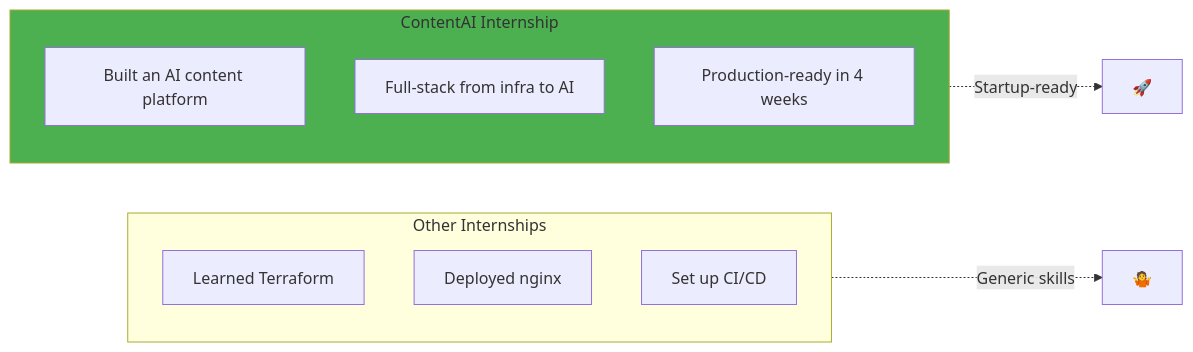
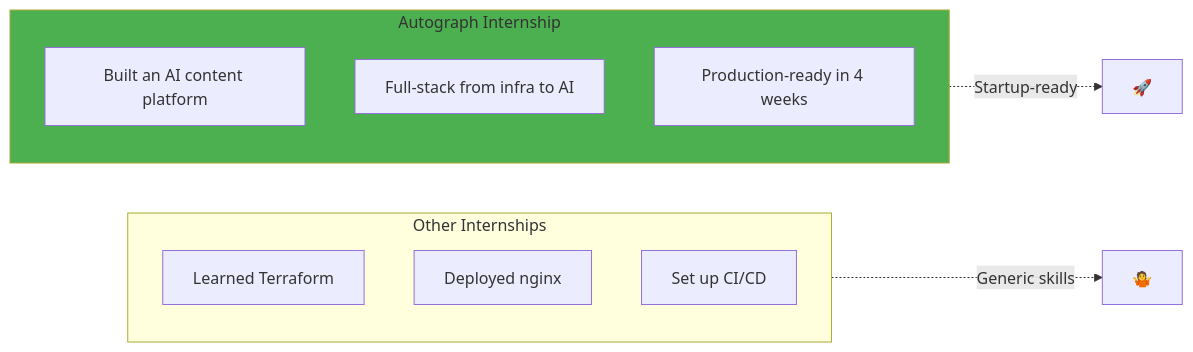
The ninth of 9 diagrams in DevOps/04-Internship/04-Your-Role.md (PearlThoughtsInternship/Internship-Obsidian-Vault), drawn with Mermaid before and after one commit. The commit also changed other lines of this file and 8 other files, not shown here.

First line of the commit message:
rebrand: Complete ContentAI → Autograph rename across all docs

````diff
--- a/DevOps/04-Internship/04-Your-Role.md
+++ b/DevOps/04-Internship/04-Your-Role.md
@@ -373,19 +373,19 @@
 ```mermaid
 flowchart LR
     subgraph Other["Other Internships"]
         O1["Learned Terraform"]
         O2["Deployed nginx"]
         O3["Set up CI/CD"]
     end
 
-    subgraph You["ContentAI Internship"]
+    subgraph You["Autograph Internship"]
         Y1["Built an AI content platform"]
         Y2["Full-stack from infra to AI"]
         Y3["Production-ready in 4 weeks"]
     end
 
     Other -.->|"Generic skills"| X["🤷"]
     You -.->|"Startup-ready"| Y["🚀"]
 
     style You fill:#4CAF50
 ```
````
